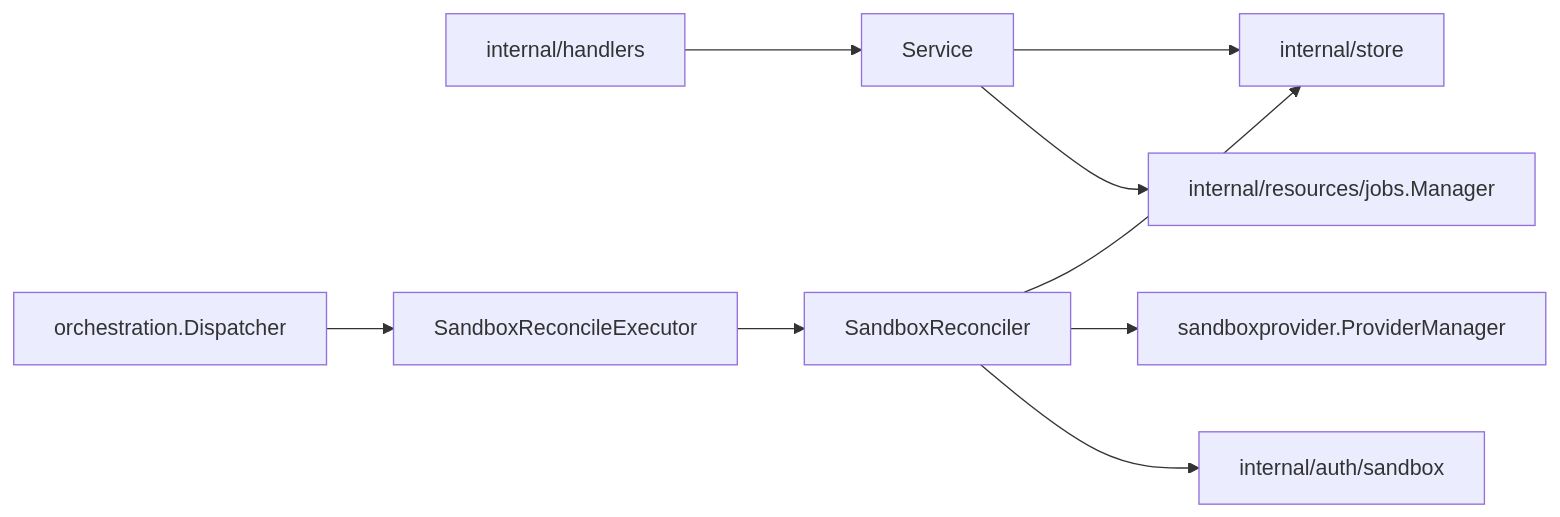
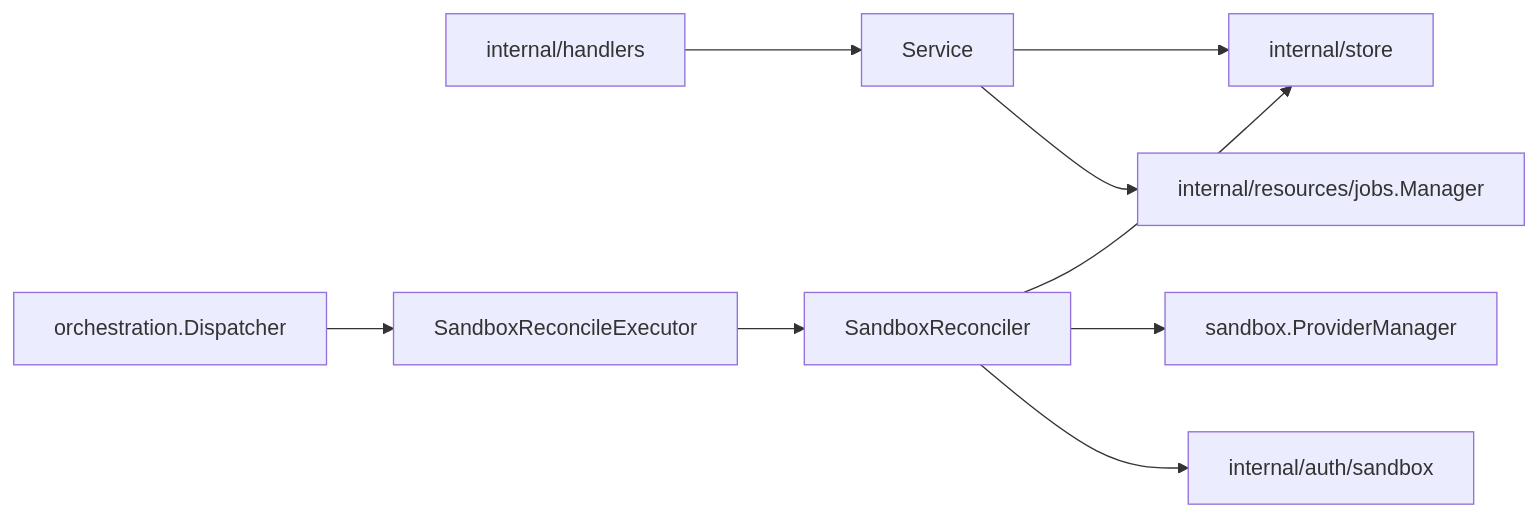
Before and after one commit to discobox-ai/discobox: the diagram in server/internal/resources/sandboxes/DESIGN.md, drawn with Mermaid. The commit also changed 139 other files, not shown here.

````diff
--- a/server/internal/resources/sandboxes/DESIGN.md
+++ b/server/internal/resources/sandboxes/DESIGN.md
@@ -9,11 +9,11 @@
 ```mermaid
 flowchart LR
     api[internal/handlers] --> service[Service]
     service --> store[internal/store]
     service --> jobs[internal/resources/jobs.Manager]
     dispatcher[orchestration.Dispatcher] --> executor[SandboxReconcileExecutor]
     executor --> reconciler[SandboxReconciler]
     reconciler --> store
-    reconciler --> providers[sandboxprovider.ProviderManager]
+    reconciler --> providers[sandbox.ProviderManager]
     reconciler --> auth[internal/auth/sandbox]
 ```
````
